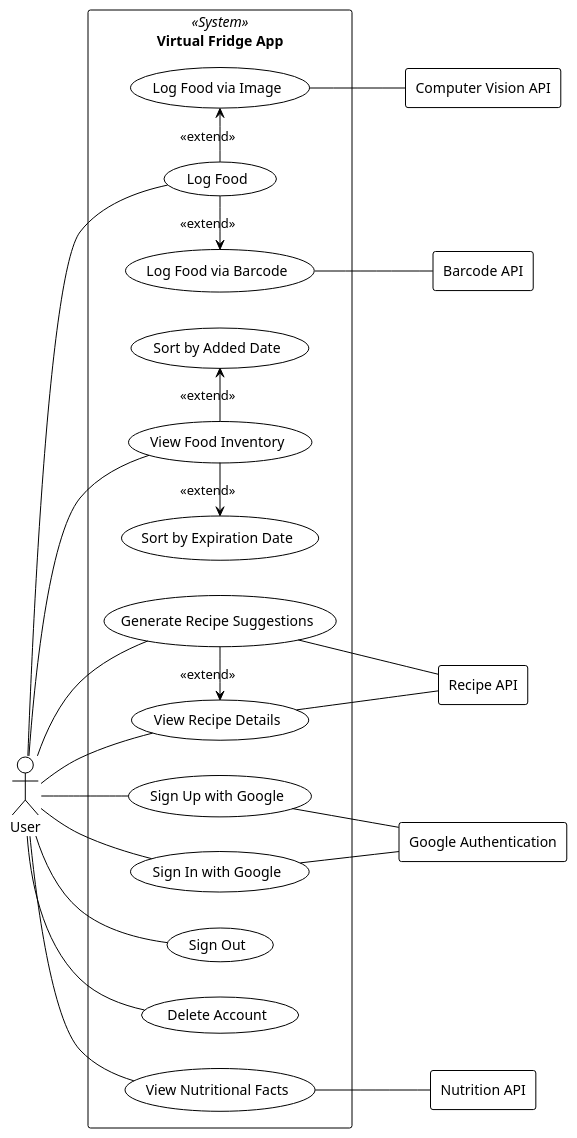
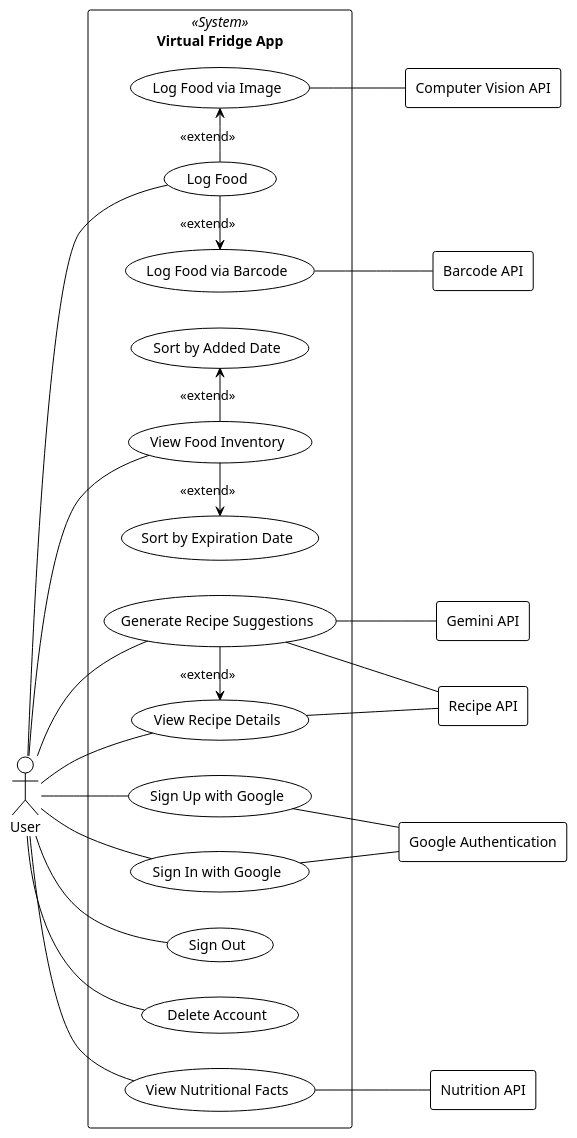
One commit to virtualfridge/virtualfridge changed the diagram in documentation/diagrams/usecase.plantuml. Above: the diagram before and after it, drawn with PlantUML.

Commit message:
Add Gemini API to use case diagram

```diff
--- a/documentation/diagrams/usecase.plantuml
+++ b/documentation/diagrams/usecase.plantuml
@@ -1,67 +1,69 @@
 @startuml
 !theme plain
 left to right direction
 
 actor User
 
 rectangle "Virtual Fridge App" << System >> {
   ' ==== Authentication ====
   usecase signUp as "Sign Up with Google"
   usecase signIn as "Sign In with Google"
   usecase signOut as "Sign Out"
   usecase deleteAccount as "Delete Account"
 
   ' ==== Logging Food ====
   usecase logFood as "Log Food"
   usecase logBarcode as "Log Food via Barcode"
   usecase logImage as "Log Food via Image"
 '   usecase logList as "Log Food via Pre-Made List"
 
   ' ==== Viewing Food ====
   usecase viewInventory as "View Food Inventory"
   usecase sortExp as "Sort by Expiration Date"
   usecase sortAdded as "Sort by Added Date"
 
   ' ==== Recipes & Nutrition ====
   usecase genRecipes as "Generate Recipe Suggestions"
   usecase viewRecipe as "View Recipe Details"
   usecase viewNutrition as "View Nutritional Facts"
 
   ' ==== Relationships (moved to right side) ====
   logFood -left-> logBarcode : <<extend>>
   logFood -right-> logImage : <<extend>>
 
   viewInventory -left-> sortExp : <<extend>>
   viewInventory -right-> sortAdded : <<extend>>
   genRecipes -right-> viewRecipe : <<extend>>
 }
 
 ' ==== External APIs (RHS) ====
 rectangle googleAuth as "Google Authentication"
 rectangle barcodeApi as "Barcode API"
 rectangle recipeApi as "Recipe API"
 rectangle nutritionApi as "Nutrition API"
 rectangle ComputerVisionAPI as "Computer Vision API"
+rectangle GeminiAPI as "Gemini API"
 
 
 ' ==== User connections ====
 User -- signUp
 User -- signIn
 User -- signOut
 User -- deleteAccount
 User -- logFood
 User -- viewInventory
 User -- genRecipes
 User -- viewRecipe
 User -- viewNutrition
 
 ' ==== API connections ====
 signUp -- googleAuth
 signIn -- googleAuth
 logBarcode -- barcodeApi
 genRecipes -- recipeApi
+genRecipes -- GeminiAPI
 viewRecipe -- recipeApi
 viewNutrition -- nutritionApi
 logImage -- ComputerVisionAPI
 
 @enduml
```
